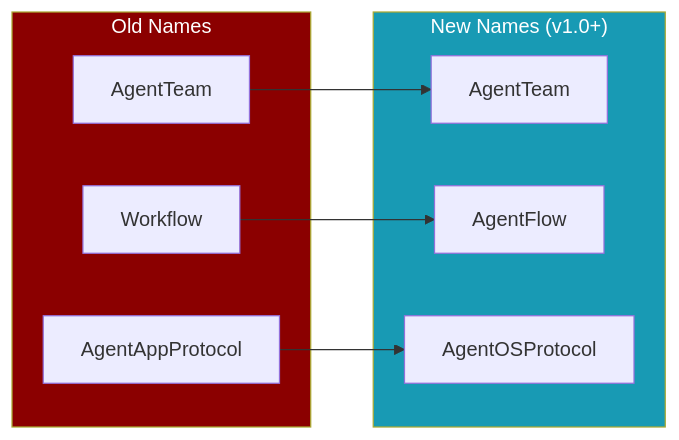
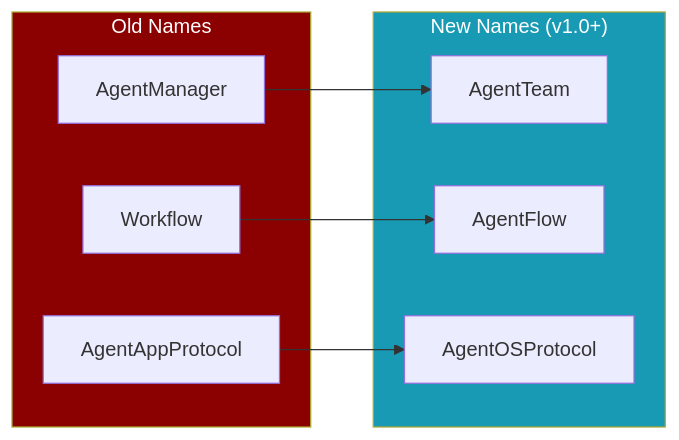
One commit to MervinPraison/PraisonAIDocs changed the first of 2 diagrams in docs/concepts/migration-v1.mdx. Above: the diagram before and after it, drawn with Mermaid. The commit also changed other lines of this file and 196 other files, not shown here.

Commit message:
Update concepts, JavaScript, examples, SDK code, and add agent-flow, agent-team, and single-file-plugins documentation

````diff
--- a/docs/concepts/migration-v1.mdx
+++ b/docs/concepts/migration-v1.mdx
@@ -15,18 +15,18 @@
 ```mermaid
 flowchart LR
     subgraph Old["Old Names"]
-        AM[AgentTeam]
+        AM[AgentManager]
         WF[Workflow]
         APP[AgentAppProtocol]
     end
     subgraph New["New Names (v1.0+)"]
         AT[AgentTeam]
         AF[AgentFlow]
         AOS[AgentOSProtocol]
     end
     AM --> AT
     WF --> AF
     APP --> AOS
     style Old fill:#8B0000,color:#fff
     style New fill:#189AB4,color:#fff
 ```
````
